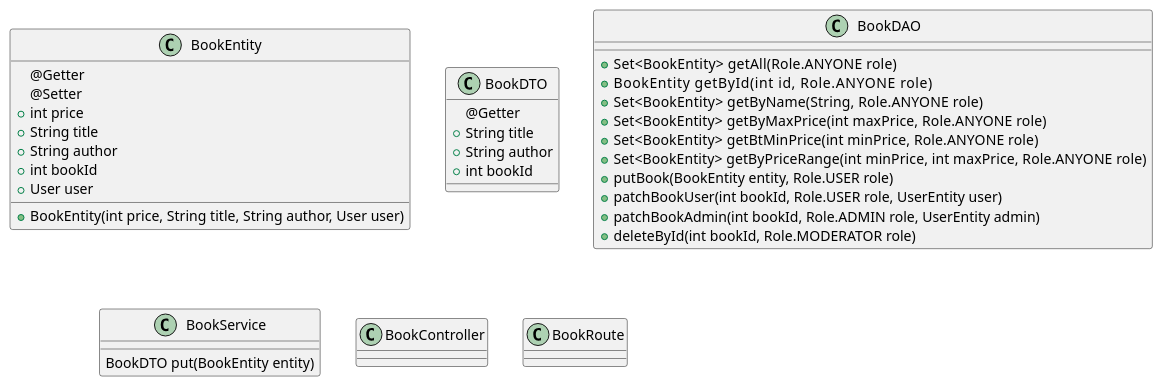
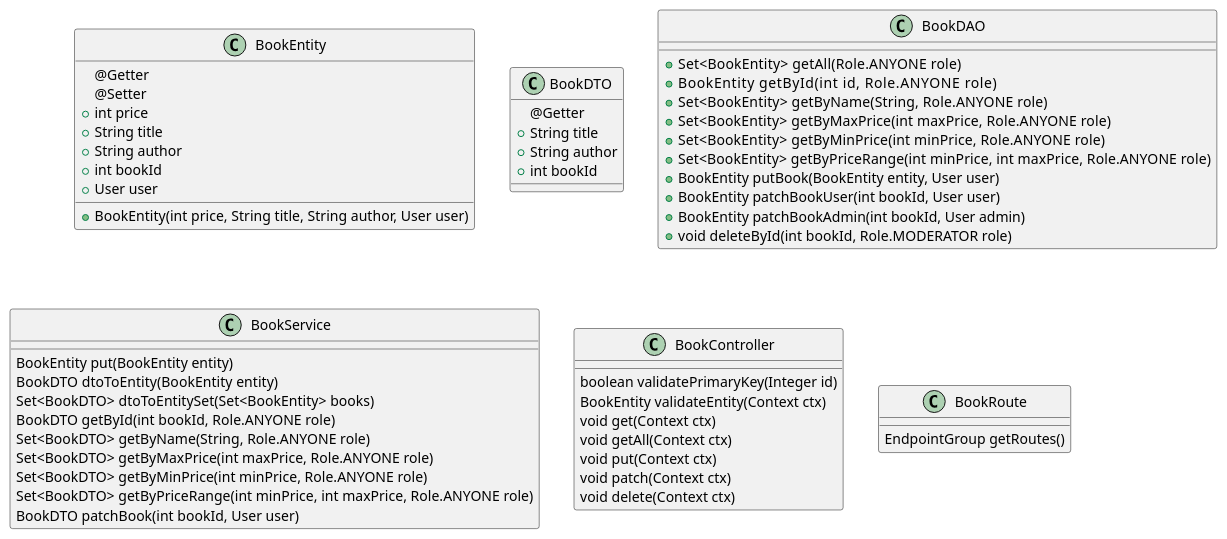
The diagram in src/main/java/T3N3T/Diagram/BookClass.puml (73N37/BookAPI), drawn with PlantUML before and after one commit. The commit also changed 3 other files, not shown here.

Commit message:
[Renamed User.class to UserEntity.class],[Renamed PlanOfAttack.puml to UserClass.puml],[Created a class diagram for User]

```diff
--- a/src/main/java/T3N3T/Diagram/BookClass.puml
+++ b/src/main/java/T3N3T/Diagram/BookClass.puml
@@ -1,46 +1,68 @@
 @startuml
 'https://plantuml.com/class-diagram
 
 class   BookEntity
 class   BookDTO
 class   BookDAO
 class   BookService
 class   BookController
 class   BookRoute
-
-class BookDAO {
-+   Set<BookEntity>   getAll(Role.ANYONE role)
-+   BookEntity        getById(int id, Role.ANYONE role)
-+   Set<BookEntity>   getByName(String, Role.ANYONE role)
-+   Set<BookEntity>   getByMaxPrice(int maxPrice, Role.ANYONE role)
-+   Set<BookEntity>   getBtMinPrice(int minPrice, Role.ANYONE role)
-+   Set<BookEntity>   getByPriceRange(int minPrice, int maxPrice, Role.ANYONE role)
-+   putBook(BookEntity entity, Role.USER role)
-+   patchBookUser(int bookId, Role.USER role, UserEntity user)
-+   patchBookAdmin(int bookId, Role.ADMIN role, UserEntity admin)
-+   deleteById(int bookId, Role.MODERATOR role)
-}
 
 class BookEntity{
 @Getter
 @Setter
 + int price
 + String title
 + String author
 + int bookId
 + User user
 + BookEntity(int price, String title, String author, User user)
 }
 
 class BookDTO{
 @Getter
 + String title
 + String author
 + int bookId
 }
 
+class BookDAO {
++   Set<BookEntity>   getAll(Role.ANYONE role)
++   BookEntity        getById(int id, Role.ANYONE role)
++   Set<BookEntity>   getByName(String, Role.ANYONE role)
++   Set<BookEntity>   getByMaxPrice(int maxPrice, Role.ANYONE role)
++   Set<BookEntity>   getByMinPrice(int minPrice, Role.ANYONE role)
++   Set<BookEntity>   getByPriceRange(int minPrice, int maxPrice, Role.ANYONE role)
++   BookEntity putBook(BookEntity entity, User user)
++   BookEntity patchBookUser(int bookId, User user)
++   BookEntity patchBookAdmin(int bookId, User admin)
++   void deleteById(int bookId, Role.MODERATOR role)
+}
+
 class BookService{
-BookDTO put(BookEntity entity)
+BookEntity put(BookEntity entity)
+BookDTO dtoToEntity(BookEntity entity)
+Set<BookDTO> dtoToEntitySet(Set<BookEntity> books)
+BookDTO getById(int bookId, Role.ANYONE role)
+Set<BookDTO> getByName(String, Role.ANYONE role)
+Set<BookDTO> getByMaxPrice(int maxPrice, Role.ANYONE role)
+Set<BookDTO> getByMinPrice(int minPrice, Role.ANYONE role)
+Set<BookDTO> getByPriceRange(int minPrice, int maxPrice, Role.ANYONE role)
+BookDTO patchBook(int bookId, User user)
+}
+
+class BookController{
+boolean validatePrimaryKey(Integer id)
+BookEntity validateEntity(Context ctx)
+void get(Context ctx)
+void getAll(Context ctx)
+void put(Context ctx)
+void patch(Context ctx)
+void delete(Context ctx)
+}
+
+class BookRoute{
+EndpointGroup getRoutes()
 }
 
 @enduml
```
